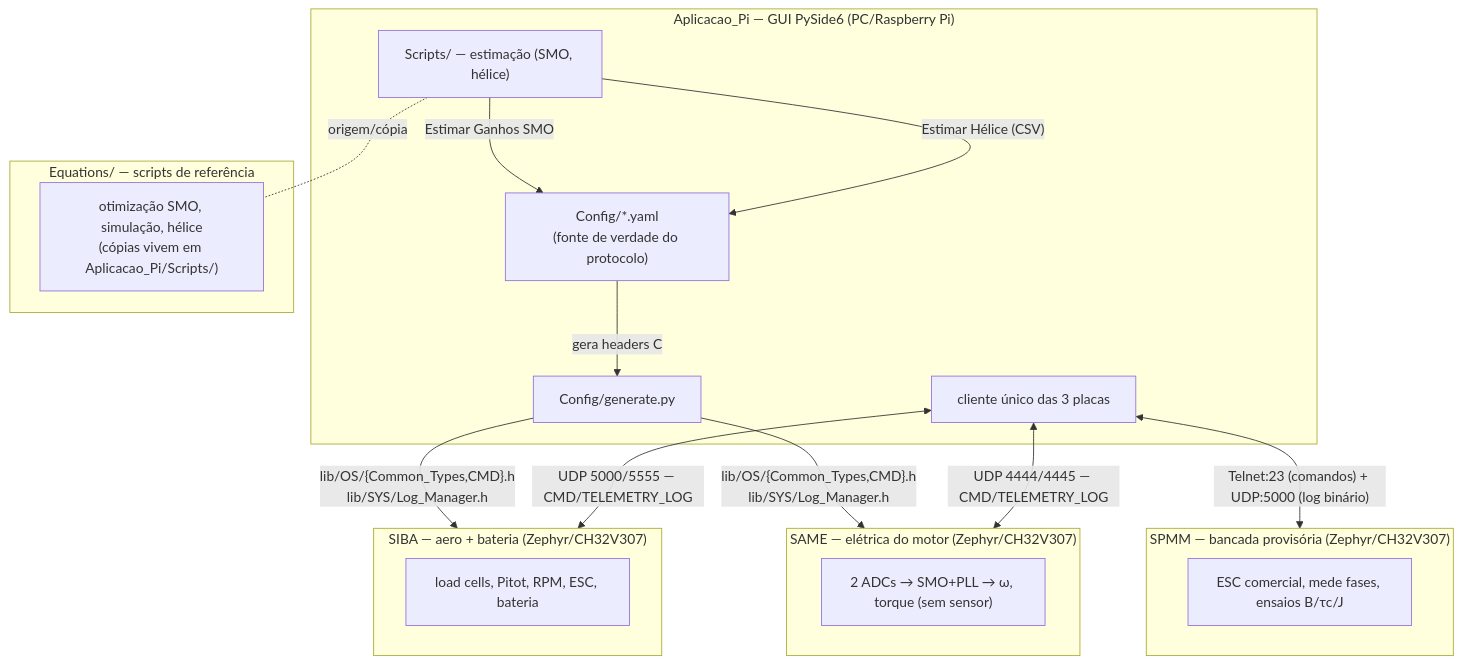
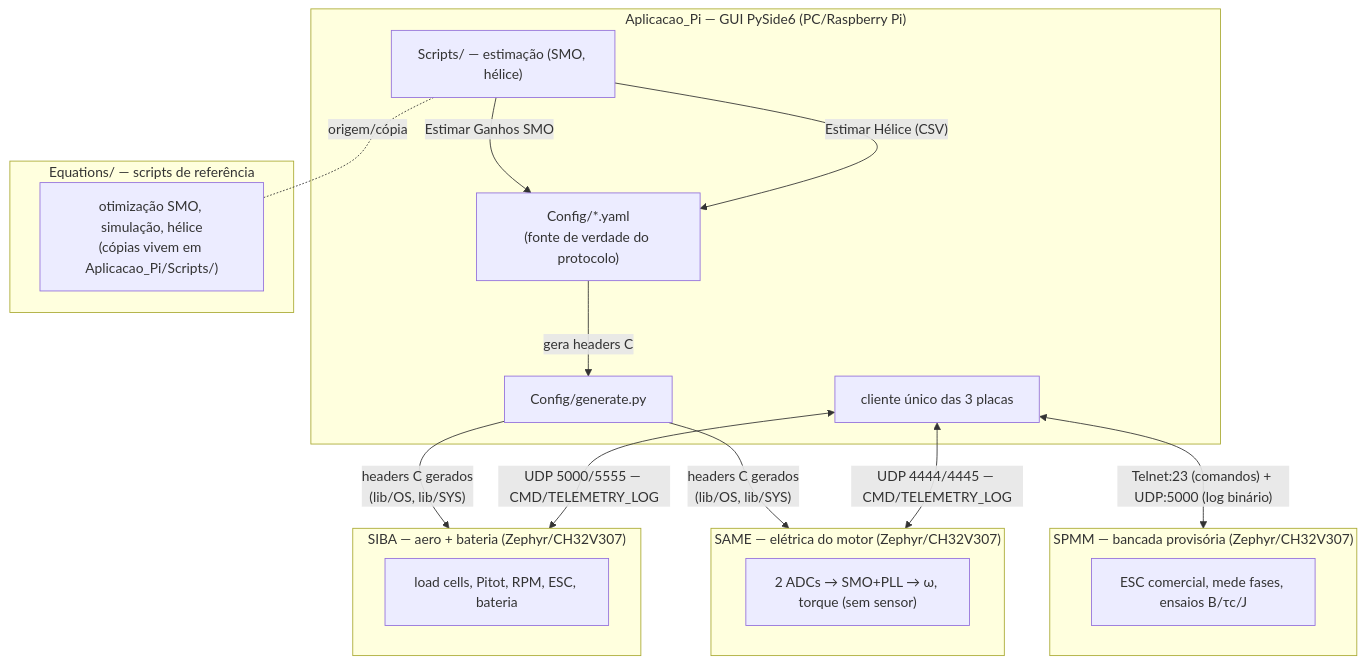
Before and after one commit to vitordallolivo/TCC: the first of 6 diagrams in Codigos/README.md, drawn with Mermaid. The commit also changed other lines of this file and 9 other files, not shown here.

````diff
--- a/Codigos/README.md
+++ b/Codigos/README.md
@@ -40,33 +45,33 @@
 ```mermaid
 flowchart TD
     subgraph PC["Aplicacao_Pi — GUI PySide6 (PC/Raspberry Pi)"]
         GUI["cliente único das 3 placas"]
         Config["Config/*.yaml<br/>(fonte de verdade do protocolo)"]
         Gen["Config/generate.py"]
         Scripts["Scripts/ — estimação (SMO, hélice)"]
     end
     subgraph SIBA["SIBA — aero + bateria (Zephyr/CH32V307)"]
         SIBAfw["load cells, Pitot, RPM, ESC, bateria"]
     end
     subgraph SAME["SAME — elétrica do motor (Zephyr/CH32V307)"]
         SAMEfw["2 ADCs → SMO+PLL → ω, torque (sem sensor)"]
     end
     subgraph SPMM["SPMM — bancada provisória (Zephyr/CH32V307)"]
         SPMMfw["ESC comercial, mede fases, ensaios B/τc/J"]
     end
     subgraph Eq["Equations/ — scripts de referência"]
         EqFiles["otimização SMO, simulação, hélice<br/>(cópias vivem em Aplicacao_Pi/Scripts/)"]
     end
 
     Config -->|gera headers C| Gen
-    Gen -->|"lib/OS/{Common_Types,CMD}.h<br/>lib/SYS/Log_Manager.h"| SIBA
-    Gen -->|"lib/OS/{Common_Types,CMD}.h<br/>lib/SYS/Log_Manager.h"| SAME
+    Gen -->|"headers C gerados<br/>(lib/OS, lib/SYS)"| SIBA
+    Gen -->|"headers C gerados<br/>(lib/OS, lib/SYS)"| SAME
 
     GUI <-->|"UDP 5000/5555 — CMD/TELEMETRY_LOG"| SIBA
     GUI <-->|"UDP 4444/4445 — CMD/TELEMETRY_LOG"| SAME
     GUI <-->|"Telnet:23 (comandos) + UDP:5000 (log binário)"| SPMM
 
     Scripts -.origem/cópia.- EqFiles
     Scripts -->|"Estimar Ganhos SMO"| Config
     Scripts -->|"Estimar Hélice (CSV)"| Config
 ```
````
